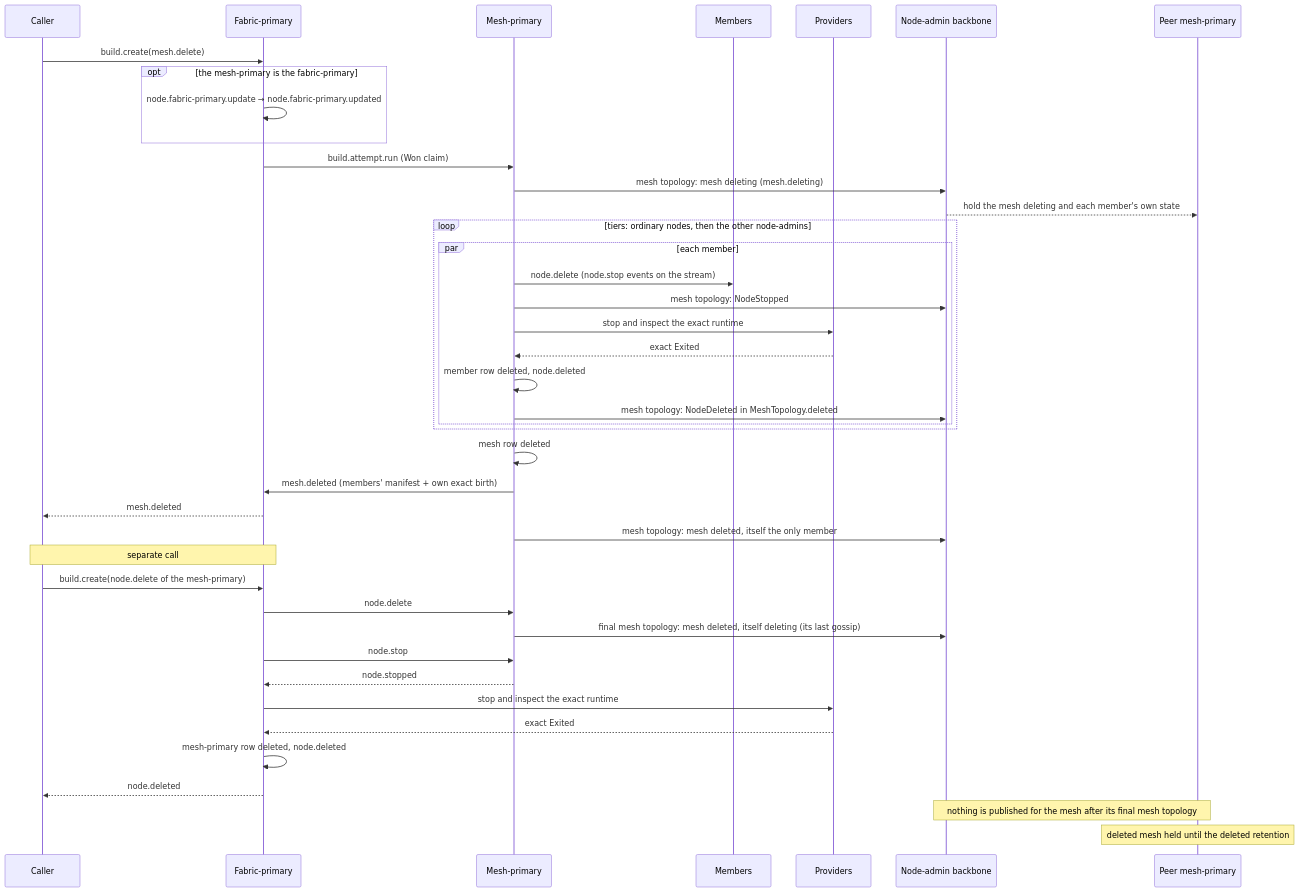
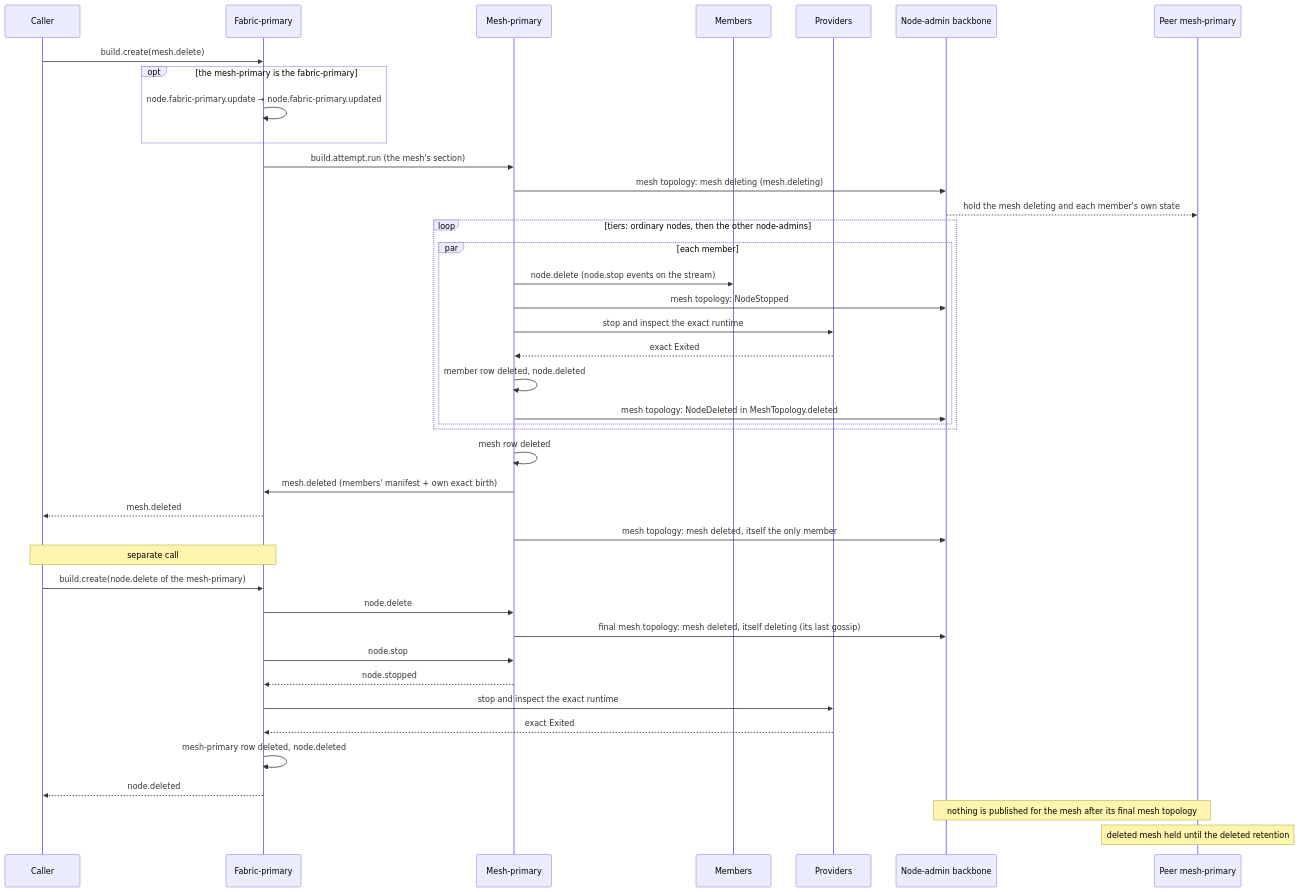
Before and after one commit to drlukeangel/rust-distributed-mesh: the diagram in docs/architecture/lifecycles/mesh-delete.md, drawn with Mermaid. The commit also changed other lines of this file and 234 other files, not shown here.

````diff
--- a/docs/architecture/lifecycles/mesh-delete.md
+++ b/docs/architecture/lifecycles/mesh-delete.md
@@ -196,43 +195,43 @@
 ```mermaid
 sequenceDiagram
     participant C as Caller
     participant F as Fabric-primary
     participant M as Mesh-primary
     participant N as Members
     participant P as Providers
     participant B as Node-admin backbone
     participant R as Peer mesh-primary
     C->>F: build.create(mesh.delete)
     opt the mesh-primary is the fabric-primary
         F->>F: node.fabric-primary.update → node.fabric-primary.updated
     end
-    F->>M: build.attempt.run (Won claim)
+    F->>M: build.attempt.run (the mesh's section)
     M->>B: mesh topology: mesh deleting (mesh.deleting)
     B-->>R: hold the mesh deleting and each member's own state
     loop tiers: ordinary nodes, then the other node-admins
         par each member
             M->>N: node.delete (node.stop events on the stream)
             M->>B: mesh topology: NodeStopped
             M->>P: stop and inspect the exact runtime
             P-->>M: exact Exited
             M->>M: member row deleted, node.deleted
             M->>B: mesh topology: NodeDeleted in MeshTopology.deleted
         end
     end
     M->>M: mesh row deleted
     M->>F: mesh.deleted (members' manifest + own exact birth)
     F-->>C: mesh.deleted
     M->>B: mesh topology: mesh deleted, itself the only member
     Note over C,F: separate call
     C->>F: build.create(node.delete of the mesh-primary)
     F->>M: node.delete
     M->>B: final mesh topology: mesh deleted, itself deleting (its last gossip)
     F->>M: node.stop
     M-->>F: node.stopped
     F->>P: stop and inspect the exact runtime
     P-->>F: exact Exited
     F->>F: mesh-primary row deleted, node.deleted
     F-->>C: node.deleted
     Note over B,R: nothing is published for the mesh after its final mesh topology
     Note over R: deleted mesh held until the deleted retention
 ```
````
